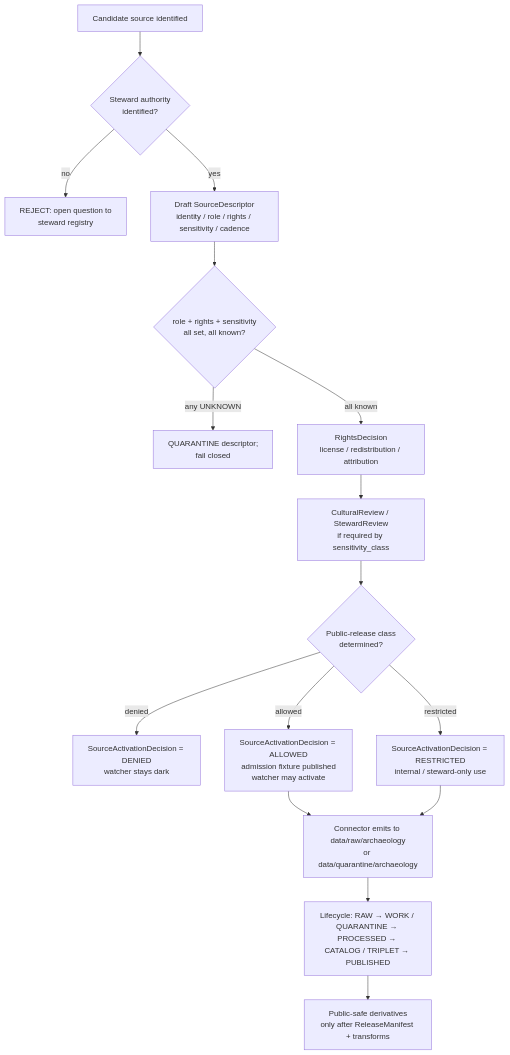
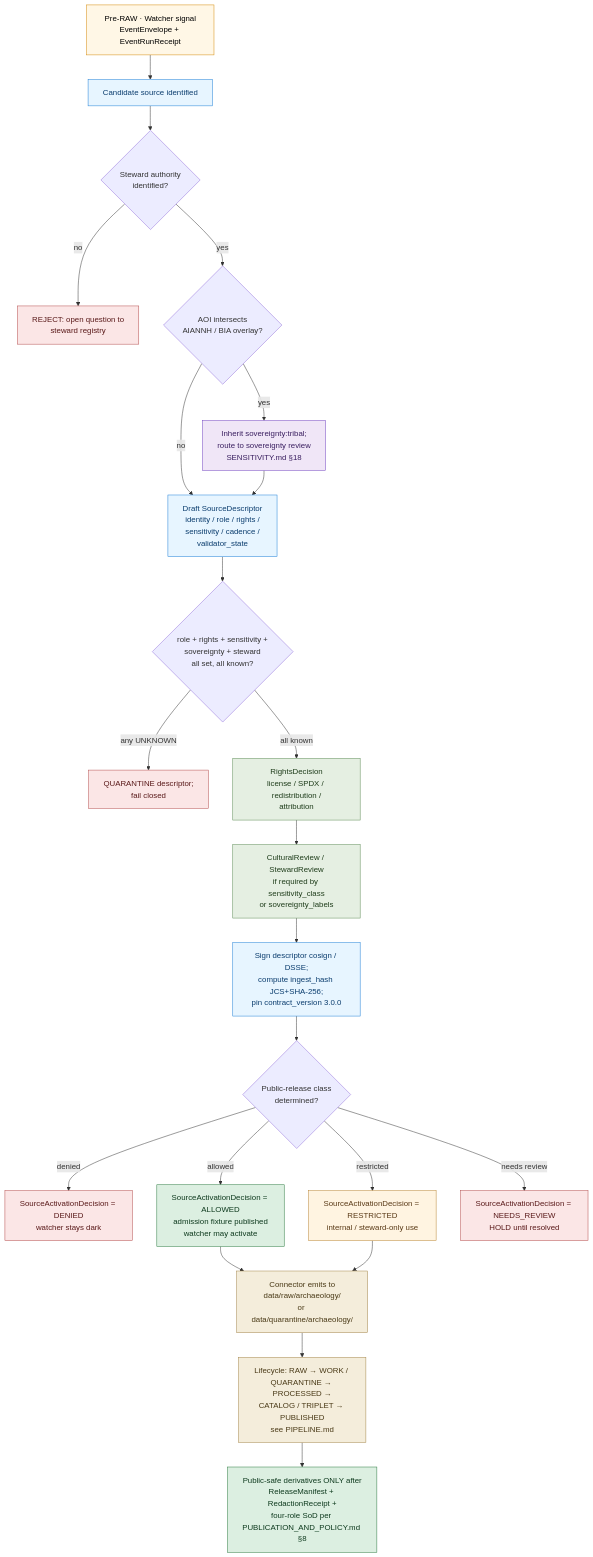
One commit to bartytime4life/Kansas-Frontier-Matrix changed the diagram in docs/domains/archaeology/SOURCE_REGISTRY.md. Above: the diagram before and after it, drawn with Mermaid. The commit also changed other lines of this file, not shown here.

````diff
--- a/docs/domains/archaeology/SOURCE_REGISTRY.md
+++ b/docs/domains/archaeology/SOURCE_REGISTRY.md
@@ -468,18 +633,33 @@
 ```mermaid
 flowchart TD
-  A[Candidate source identified] --> B{Steward authority<br/>identified?}
-  B -- no --> X[REJECT: open question to<br/>steward registry]
-  B -- yes --> C[Draft SourceDescriptor<br/>identity / role / rights / sensitivity / cadence]
-  C --> D{role + rights + sensitivity<br/>all set, all known?}
-  D -- any UNKNOWN --> Q[QUARANTINE descriptor;<br/>fail closed]
-  D -- all known --> E[RightsDecision<br/>license / redistribution / attribution]
-  E --> F[CulturalReview / StewardReview<br/>if required by sensitivity_class]
-  F --> G{Public-release class<br/>determined?}
-  G -- denied --> H[SourceActivationDecision = DENIED<br/>watcher stays dark]
-  G -- restricted --> I[SourceActivationDecision = RESTRICTED<br/>internal / steward-only use]
-  G -- allowed --> J[SourceActivationDecision = ALLOWED<br/>admission fixture published<br/>watcher may activate]
-  J --> K[Connector emits to data/raw/archaeology<br/>or data/quarantine/archaeology]
+  PRR[Pre-RAW · Watcher signal<br/>EventEnvelope + EventRunReceipt]:::pre --> A[Candidate source identified]:::adm
+  A --> B{Steward authority<br/>identified?}
+  B -- no --> X[REJECT: open question to<br/>steward registry]:::deny
+  B -- yes --> SOV{AOI intersects<br/>AIANNH / BIA overlay?}
+  SOV -- yes --> RH[Inherit sovereignty:tribal;<br/>route to sovereignty review<br/>SENSITIVITY.md §18]:::sov
+  SOV -- no --> C[Draft SourceDescriptor<br/>identity / role / rights /<br/>sensitivity / cadence /<br/>validator_state]:::adm
+  RH --> C
+  C --> D{role + rights + sensitivity +<br/>sovereignty + steward<br/>all set, all known?}
+  D -- any UNKNOWN --> Q[QUARANTINE descriptor;<br/>fail closed]:::deny
+  D -- all known --> E[RightsDecision<br/>license / SPDX / redistribution /<br/>attribution]:::rev
+  E --> F[CulturalReview / StewardReview<br/>if required by sensitivity_class<br/>or sovereignty_labels]:::rev
+  F --> SD[Sign descriptor cosign / DSSE;<br/>compute ingest_hash JCS+SHA-256;<br/>pin contract_version 3.0.0]:::adm
+  SD --> G{Public-release class<br/>determined?}
+  G -- denied --> H[SourceActivationDecision = DENIED<br/>watcher stays dark]:::deny
+  G -- restricted --> I[SourceActivationDecision = RESTRICTED<br/>internal / steward-only use]:::res
+  G -- allowed --> J[SourceActivationDecision = ALLOWED<br/>admission fixture published<br/>watcher may activate]:::allow
+  G -- needs review --> NR[SourceActivationDecision = NEEDS_REVIEW<br/>HOLD until resolved]:::deny
+  J --> K[Connector emits to<br/>data/raw/archaeology/<br/>or data/quarantine/archaeology/]:::raw
   I --> K
-  K --> L[Lifecycle: RAW → WORK / QUARANTINE → PROCESSED → CATALOG / TRIPLET → PUBLISHED]
-  L --> M[Public-safe derivatives<br/>only after ReleaseManifest + transforms]
+  K --> L[Lifecycle: RAW → WORK / QUARANTINE → PROCESSED →<br/>CATALOG / TRIPLET → PUBLISHED<br/>see PIPELINE.md]:::raw
+  L --> M[Public-safe derivatives ONLY after<br/>ReleaseManifest + RedactionReceipt +<br/>four-role SoD per PUBLICATION_AND_POLICY.md §8]:::pub
+  classDef pre fill:#fff7e6,stroke:#d48806,color:#000
+  classDef adm fill:#e7f5ff,stroke:#1c7ed6,color:#0b3d6e
+  classDef sov fill:#f0e6f7,stroke:#6f42c1,color:#3a1f60
+  classDef rev fill:#e5efe2,stroke:#5b8a55,color:#1f3d1b
+  classDef deny fill:#fbe6e6,stroke:#b34a4a,color:#5a1a1a
+  classDef res fill:#fff4e1,stroke:#b88431,color:#5a3a17
+  classDef allow fill:#dcefe1,stroke:#2b7a3f,color:#0e3a1e
+  classDef raw fill:#f4eddb,stroke:#a3854a,color:#4a3a17
+  classDef pub fill:#dcefe1,stroke:#2b7a3f,color:#0e3a1e
 ```
````
